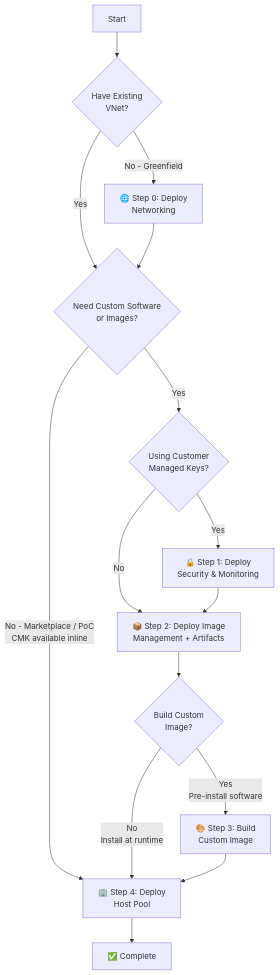
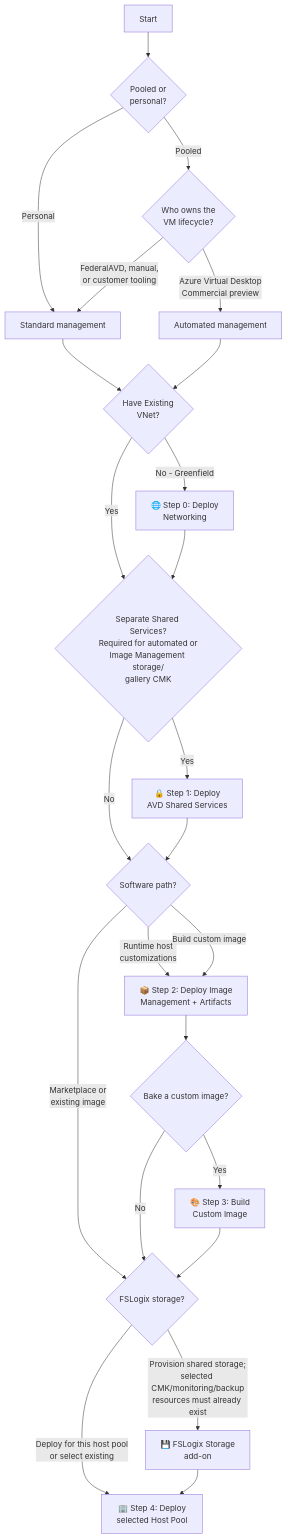
One commit to Azure/FederalAVD changed the first of 2 diagrams in docs/quick-start.md. Above: the diagram before and after it, drawn with Mermaid. The commit also changed other lines of this file and 372 other files, not shown here.

First line of the commit message:
Add policy-driven automated AVD host pools (#49)

````diff
--- a/docs/quick-start.md
+++ b/docs/quick-start.md
@@ -98,17 +179,27 @@
 ```mermaid
 graph TD
-    A[Start] --> B{Have Existing<br/>VNet?}
+    A[Start] --> TYPE{Pooled or<br/>personal?}
+    TYPE -->|Personal| STD[Standard management]
+    TYPE -->|Pooled| OWNER{Who owns the<br/>VM lifecycle?}
+    OWNER -->|FederalAVD, manual,<br/>or customer tooling| STD
+    OWNER -->|Azure Virtual Desktop<br/>Commercial preview| AUTO[Automated management]
+    STD --> B{Have Existing<br/>VNet?}
+    AUTO --> B
     B -->|No - Greenfield| C[🌐 Step 0: Deploy<br/>Networking]
-    B -->|Yes| CUST
-    C --> CUST
-    CUST{Need Custom Software<br/>or Images?} -->|No - Marketplace / PoC<br/>CMK available inline| HP
-    CUST -->|Yes| CMK{Using Customer<br/>Managed Keys?}
-    CMK -->|Yes| KV[🔒 Step 1: Deploy<br/>Security & Monitoring]
-    CMK -->|No| IMG
-    KV --> IMG[📦 Step 2: Deploy Image<br/>Management + Artifacts]
-    IMG --> BUILD{Build Custom<br/>Image?}
-    BUILD -->|Yes<br/>Pre-install software| IB[🎨 Step 3: Build<br/>Custom Image]
-    BUILD -->|No<br/>Install at runtime| HP
-    IB --> HP[🏢 Step 4: Deploy<br/>Host Pool]
-    HP --> J[✅ Complete]
+    B -->|Yes| SS
+    C --> SS
+    SS{Separate Shared Services?<br/>Required for automated or<br/>Image Management storage/<br/>gallery CMK} -->|Yes| KV2[🔒 Step 1: Deploy<br/>AVD Shared Services]
+    SS -->|No| SOFTWARE
+    KV2 --> SOFTWARE
+    SOFTWARE{Software path?} -->|Marketplace or<br/>existing image| PROFILE
+    SOFTWARE -->|Runtime host<br/>customizations| IMG[📦 Step 2: Deploy Image<br/>Management + Artifacts]
+    SOFTWARE -->|Build custom image| IMG
+    IMG --> BUILD{Bake a custom image?}
+    BUILD -->|Yes| IB[🎨 Step 3: Build<br/>Custom Image]
+    BUILD -->|No| PROFILE
+    IB --> PROFILE
+    PROFILE{FSLogix storage?} -->|Deploy for this host pool<br/>or select existing| HP
+    PROFILE -->|Provision shared storage;<br/>selected CMK/monitoring/backup<br/>resources must already exist| FS[💾 FSLogix Storage<br/>add-on]
+    FS --> HP
+    HP[🏢 Step 4: Deploy<br/>selected Host Pool]
 ```
````
